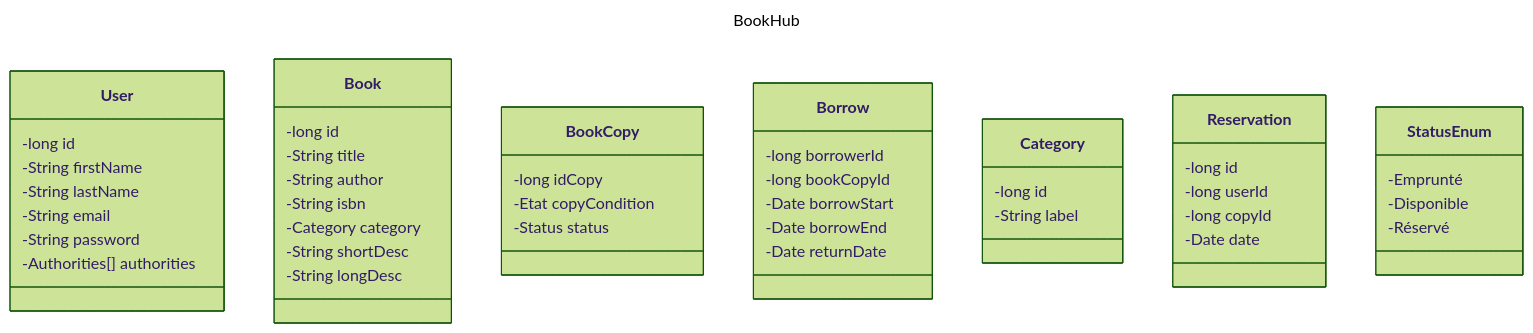
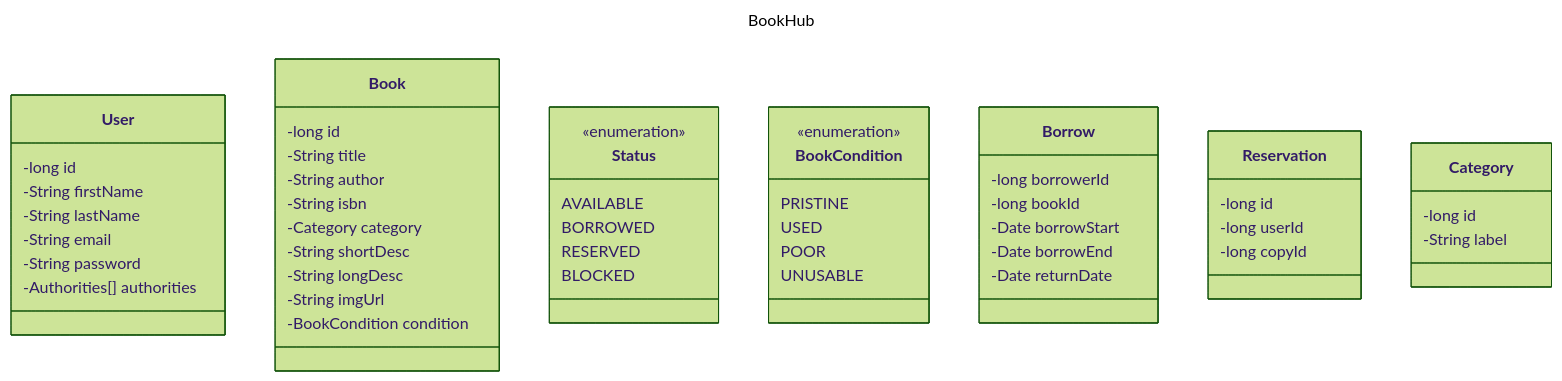
The diagram in Doc/Classes.mmd (Federico2235/TP-BookHub-Back), drawn with Mermaid (forest theme) before and after one commit. The commit also changed 19 other files, not shown here.

```diff
--- a/Doc/Classes.mmd
+++ b/Doc/Classes.mmd
@@ -1,49 +1,54 @@
 ---
 title: BookHub
 ---
 classDiagram
 
     class User {
         -long id
         -String firstName
         -String lastName
         -String email
         -String password
         -Authorities[] authorities
     }
     class Book {
         -long id
         -String title
         -String author
         -String isbn
         -Category category
         -String shortDesc
         -String longDesc
+        -String imgUrl
+        -BookCondition condition
     }
-    class BookCopy {
-        -long idCopy
-        -Etat copyCondition
-        -Status status
+    class Status {
+        <<enumeration>>
+        AVAILABLE
+        BORROWED
+        RESERVED
+        BLOCKED
+    }
+    class BookCondition {
+        <<enumeration>>
+        PRISTINE
+        USED
+        POOR
+        UNUSABLE
     }
     class Borrow {
         -long borrowerId
-        -long bookCopyId
+        -long bookId
         -Date borrowStart
         -Date borrowEnd
         -Date returnDate
+    }
+    class Reservation {
+        -long id
+        -long userId
+        -long copyId
     }
     class Category {
         -long id
         -String label
     }
-    class Reservation {
-        -long id
-        -long userId
-        -long copyId
-        -Date date
-    }
-    class StatusEnum {
-        -Emprunté
-        -Disponible
-        -Réservé
-    }
```
